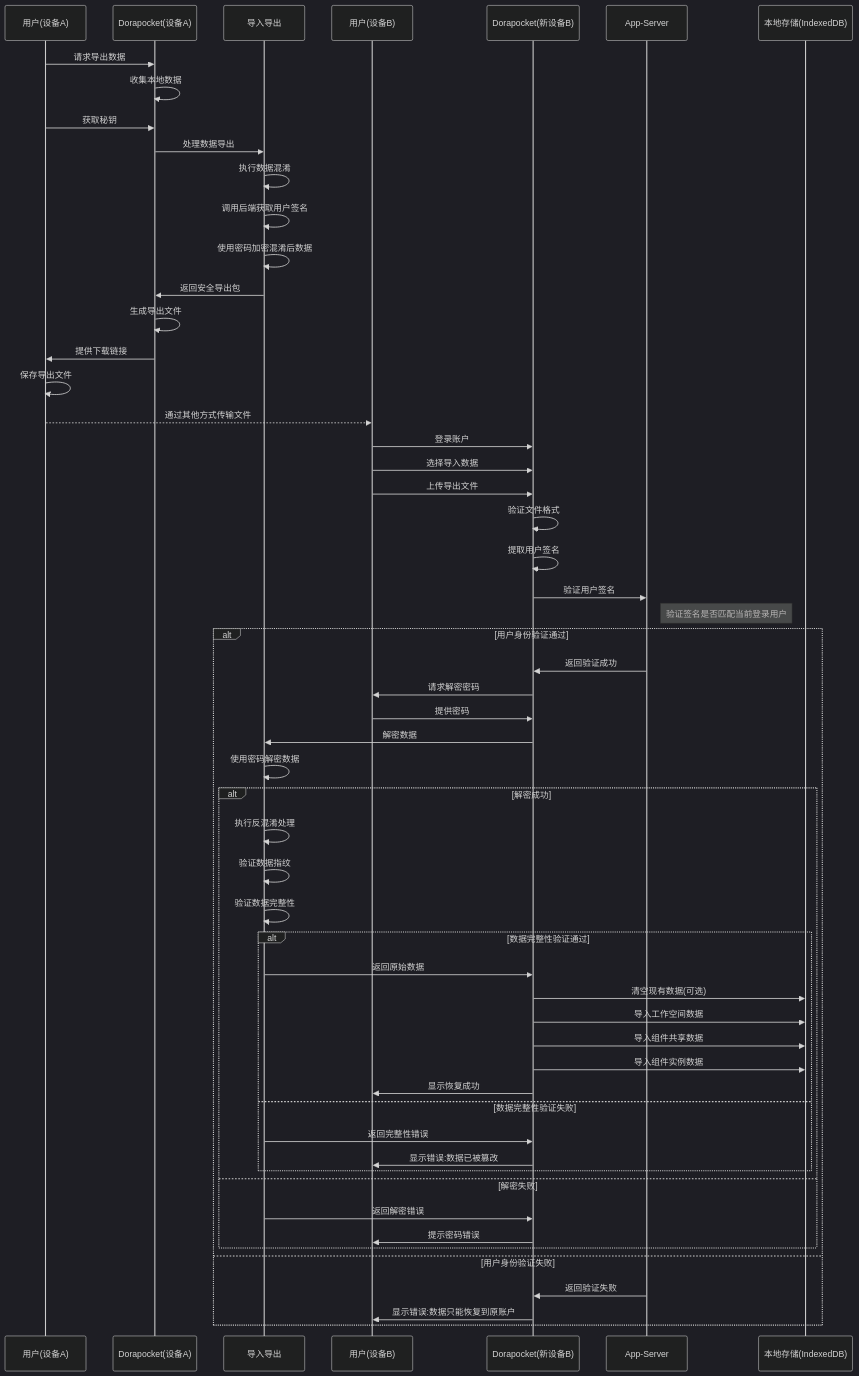
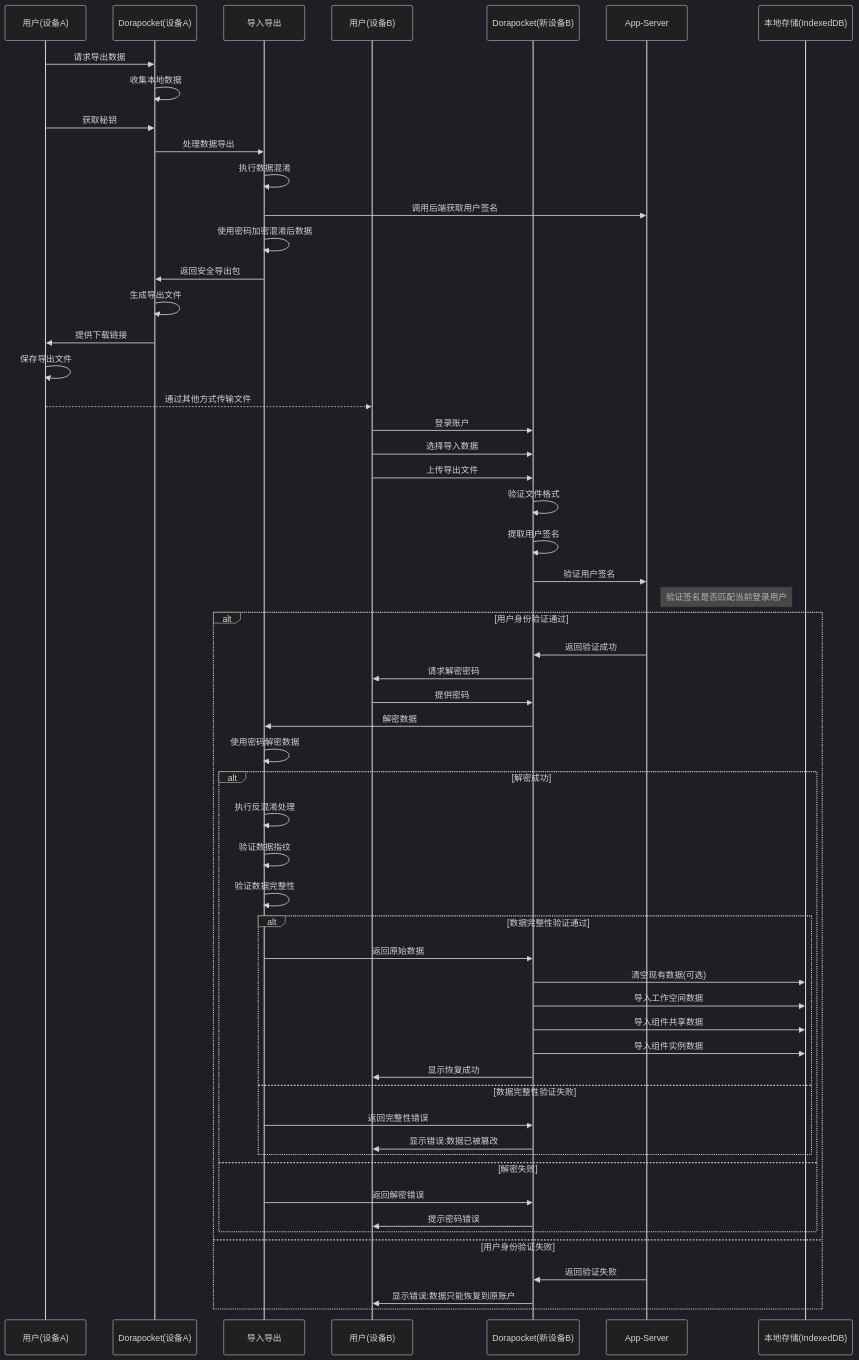
One commit to yingjianzh/iodraw-files changed the diagram in all/未命名-34.md. Above: the diagram before and after it, drawn with Mermaid (dark theme).

Commit message:
2025-04-17 16:52:37 update

````diff
--- a/all/未命名-34.md
+++ b/all/未命名-34.md
@@ -1,72 +1,72 @@
 ```mermaid
 sequenceDiagram
     participant UserOld as 用户(设备A)
     participant AppOld as Dorapocket(设备A)
     participant Security as 导入导出
     participant UserNew as 用户(设备B)
     participant AppNew as Dorapocket(新设备B)
     participant AppServer as App-Server
     participant LocalDB as 本地存储(IndexedDB)
     
     %% 导出流程
     UserOld->>AppOld: 请求导出数据
     AppOld->>AppOld: 收集本地数据
     UserOld->>AppOld: 获取秘钥
     
     AppOld->>Security: 处理数据导出
     Security->>Security: 执行数据混淆
-    Security->>Security: 调用后端获取用户签名
+    Security->>AppServer: 调用后端获取用户签名
     Security->>Security: 使用密码加密混淆后数据
     Security->>AppOld: 返回安全导出包
     
     AppOld->>AppOld: 生成导出文件
     AppOld->>UserOld: 提供下载链接
     UserOld->>UserOld: 保存导出文件
     
     %% 传输文件(由用户完成)
     UserOld-->>UserNew: 通过其他方式传输文件
     
     %% 恢复流程
     UserNew->>AppNew: 登录账户
     UserNew->>AppNew: 选择导入数据
     UserNew->>AppNew: 上传导出文件
     
     AppNew->>AppNew: 验证文件格式
     AppNew->>AppNew: 提取用户签名
     
     AppNew->>AppServer: 验证用户签名
     note right of AppServer: 验证签名是否匹配当前登录用户
     
     alt 用户身份验证通过
         AppServer->>AppNew: 返回验证成功
         AppNew->>UserNew: 请求解密密码
         UserNew->>AppNew: 提供密码
         
         AppNew->>Security: 解密数据
         Security->>Security: 使用密码解密数据
         
         alt 解密成功
             Security->>Security: 执行反混淆处理
             Security->>Security: 验证数据指纹
             Security->>Security: 验证数据完整性
             
             alt 数据完整性验证通过
                 Security->>AppNew: 返回原始数据
                 AppNew->>LocalDB: 清空现有数据(可选)
                 AppNew->>LocalDB: 导入工作空间数据
                 AppNew->>LocalDB: 导入组件共享数据
                 AppNew->>LocalDB: 导入组件实例数据
                 AppNew->>UserNew: 显示恢复成功
             else 数据完整性验证失败
                 Security->>AppNew: 返回完整性错误
                 AppNew->>UserNew: 显示错误:数据已被篡改
             end
         else 解密失败
             Security->>AppNew: 返回解密错误
             AppNew->>UserNew: 提示密码错误
         end
     else 用户身份验证失败
         AppServer->>AppNew: 返回验证失败
         AppNew->>UserNew: 显示错误:数据只能恢复到原账户
     end
 ```
````
